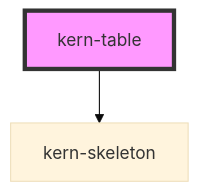
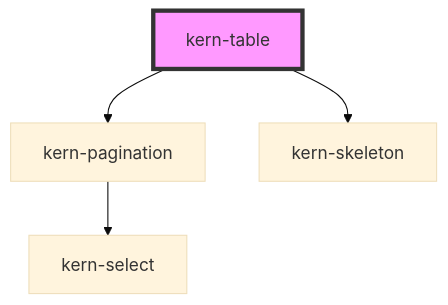
The diagram in src/components/kern-table/readme.md (yfridelance/kern), drawn with Mermaid (base theme) before and after one commit. The commit also changed other lines of this file and 7 other files, not shown here.

First line of the commit message:
kern-table: optionale Pagination (internal/external)

````diff
--- a/src/components/kern-table/readme.md
+++ b/src/components/kern-table/readme.md
@@ -307,5 +388,7 @@
 ```mermaid
 graph TD;
+  kern-table --> kern-pagination
   kern-table --> kern-skeleton
+  kern-pagination --> kern-select
   style kern-table fill:#f9f,stroke:#333,stroke-width:4px
 ```
````
